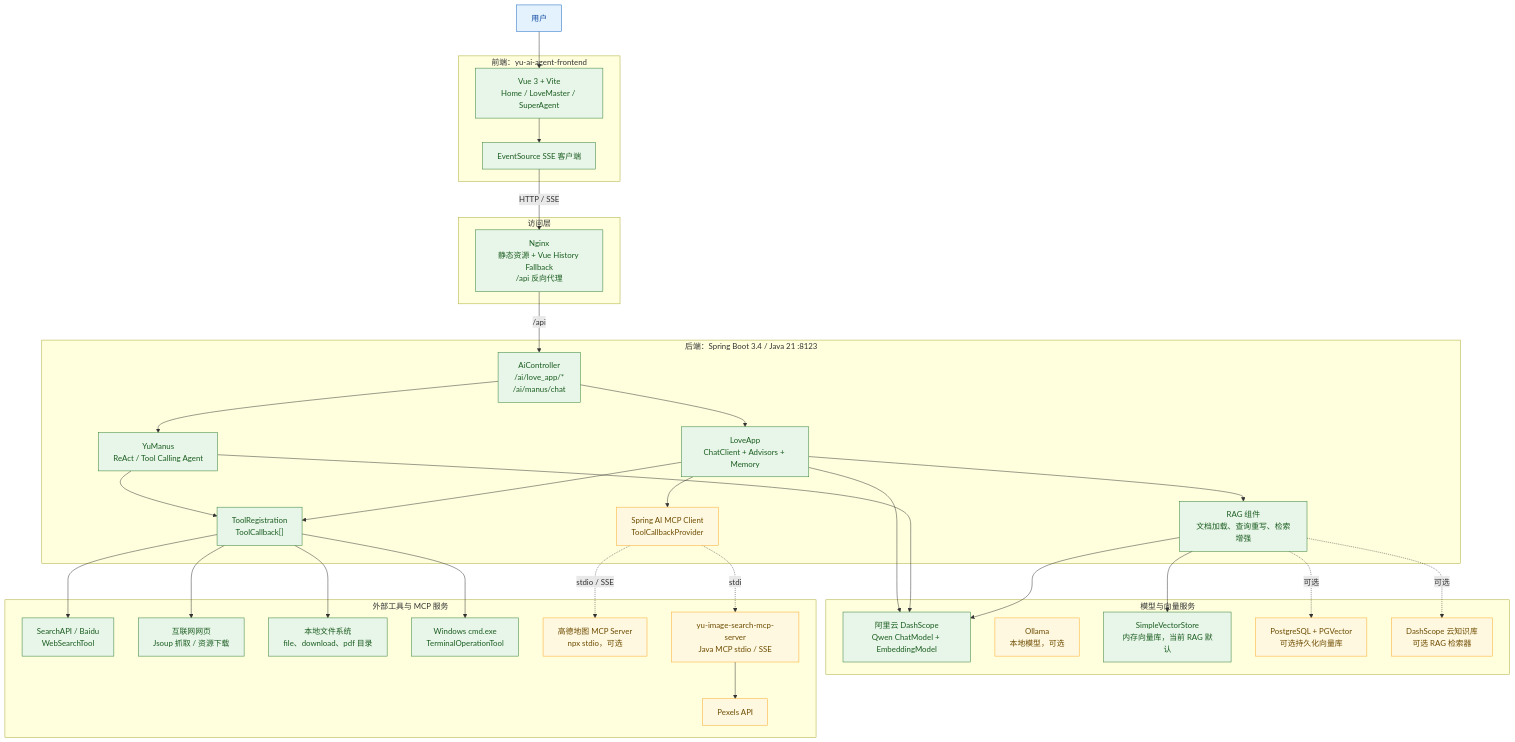
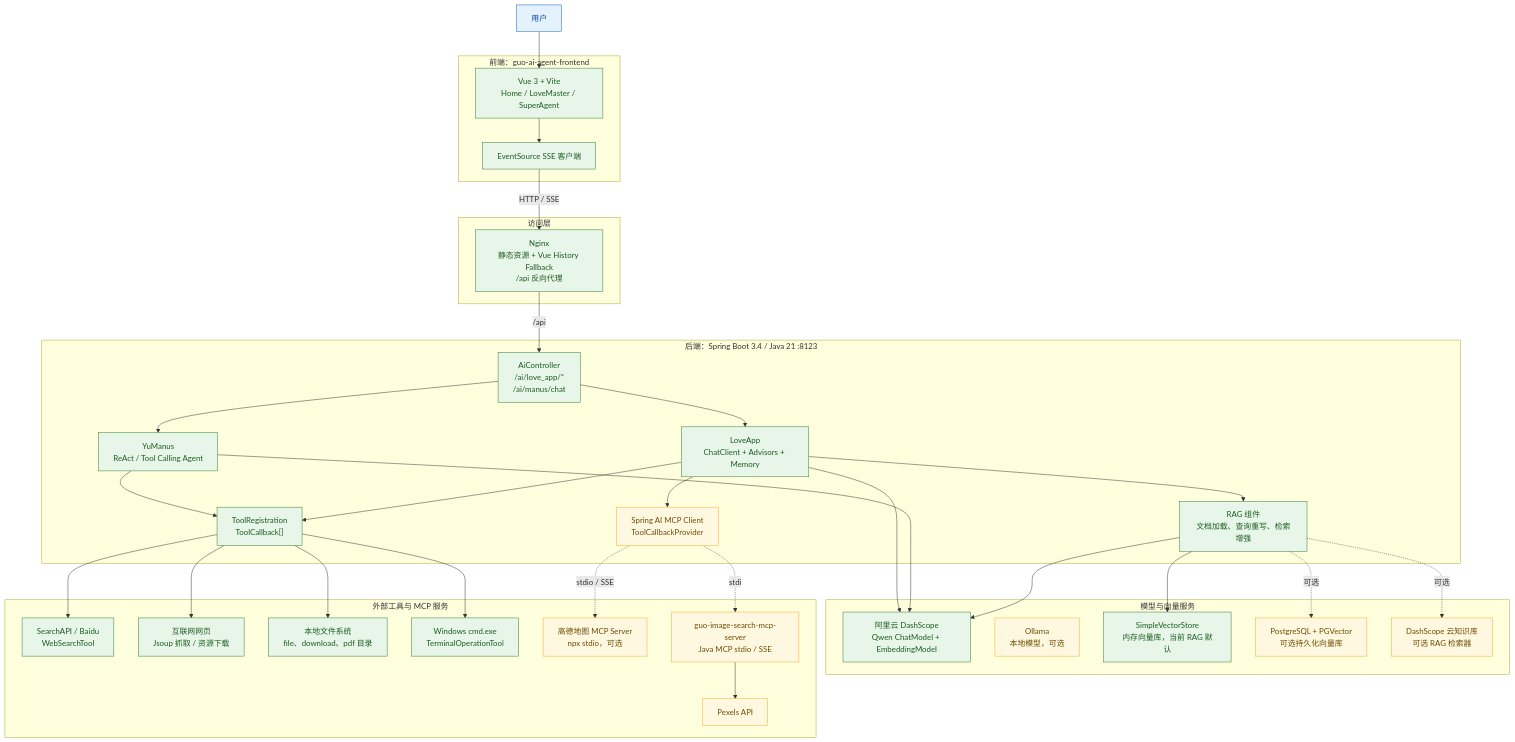
Before and after one commit to carryxiaoguo/ai-agent-langchain4j-SpringAI: the first of 7 diagrams in docs/架构图.md, drawn with Mermaid. The commit also changed other lines of this file and 37 other files, not shown here.

````diff
--- a/docs/架构图.md
+++ b/docs/架构图.md
@@ -8,71 +8,71 @@
 ```mermaid
 flowchart TB
     user["用户"]
 
-    subgraph frontend["前端：yu-ai-agent-frontend"]
+    subgraph frontend["前端：guo-ai-agent-frontend"]
         browser["Vue 3 + Vite<br/>Home / LoveMaster / SuperAgent"]
         sseClient["EventSource SSE 客户端"]
         browser --> sseClient
     end
 
     subgraph edge["访问层"]
         nginx["Nginx<br/>静态资源 + Vue History Fallback<br/>/api 反向代理"]
     end
 
     subgraph backend["后端：Spring Boot 3.4 / Java 21 :8123"]
         controller["AiController<br/>/ai/love_app/*<br/>/ai/manus/chat"]
         love["LoveApp<br/>ChatClient + Advisors + Memory"]
         manus["YuManus<br/>ReAct / Tool Calling Agent"]
         tools["ToolRegistration<br/>ToolCallback[]"]
         rag["RAG 组件<br/>文档加载、查询重写、检索增强"]
         mcpClient["Spring AI MCP Client<br/>ToolCallbackProvider"]
         controller --> love
         controller --> manus
         manus --> tools
         love --> rag
         love --> tools
         love --> mcpClient
     end
 
     subgraph models["模型与向量服务"]
         dashscope["阿里云 DashScope<br/>Qwen ChatModel + EmbeddingModel"]
         ollama["Ollama<br/>本地模型，可选"]
         simpleStore["SimpleVectorStore<br/>内存向量库，当前 RAG 默认"]
         pgvector["PostgreSQL + PGVector<br/>可选持久化向量库"]
         cloudKb["DashScope 云知识库<br/>可选 RAG 检索器"]
     end
 
     subgraph external["外部工具与 MCP 服务"]
         searchApi["SearchAPI / Baidu<br/>WebSearchTool"]
         web["互联网网页<br/>Jsoup 抓取 / 资源下载"]
         localFs["本地文件系统<br/>file、download、pdf 目录"]
         terminal["Windows cmd.exe<br/>TerminalOperationTool"]
         amap["高德地图 MCP Server<br/>npx stdio，可选"]
-        imageMcp["yu-image-search-mcp-server<br/>Java MCP stdio / SSE"]
+        imageMcp["guo-image-search-mcp-server<br/>Java MCP stdio / SSE"]
         pexels["Pexels API"]
     end
 
     user --> browser
     sseClient -->|HTTP / SSE| nginx
     nginx -->|/api| controller
     love --> dashscope
     manus --> dashscope
     rag --> dashscope
     rag --> simpleStore
     rag -.可选.-> pgvector
     rag -.可选.-> cloudKb
     tools --> searchApi
     tools --> web
     tools --> localFs
     tools --> terminal
     mcpClient -.stdio / SSE.-> amap
     mcpClient -.stdio.-> imageMcp
     imageMcp --> pexels
 
     classDef active fill:#e8f5e9,stroke:#2e7d32,color:#1b5e20
     classDef optional fill:#fff8e1,stroke:#f9a825,color:#6d4c00
     classDef boundary fill:#e3f2fd,stroke:#1565c0,color:#0d47a1
     class browser,sseClient,nginx,controller,love,manus,tools,rag,dashscope,simpleStore,searchApi,web,localFs,terminal active
     class ollama,pgvector,cloudKb,mcpClient,amap,imageMcp,pexels optional
     class user boundary
 ```
````
